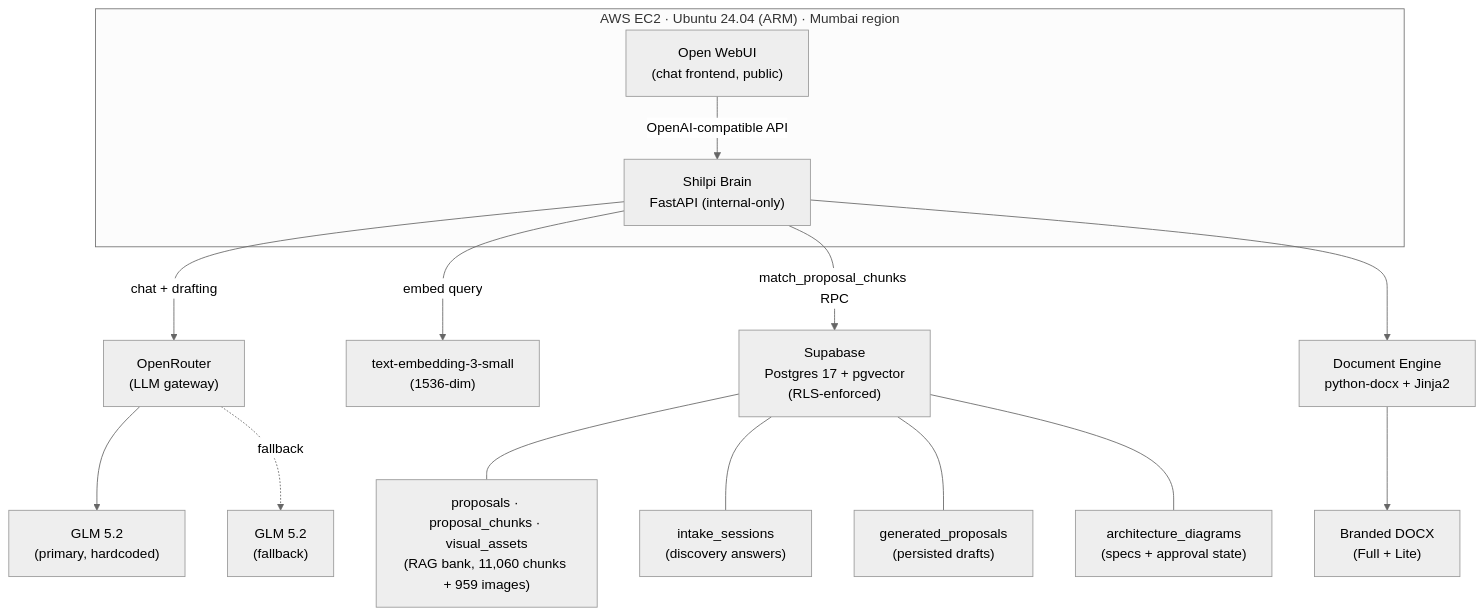
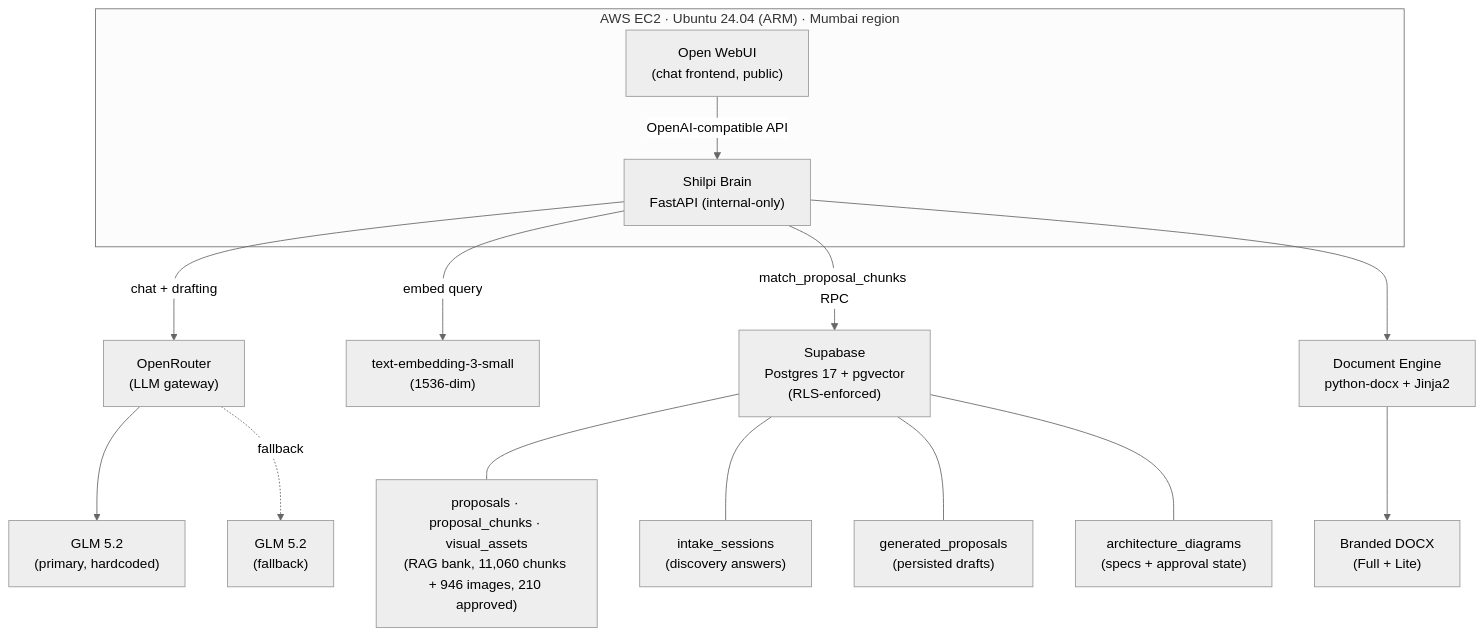
One commit to imranshaikh-commits/iv-sarvam changed the first of 5 diagrams in README.md. Above: the diagram before and after it, drawn with Mermaid (neutral theme). The commit also changed other lines of this file and 1 other file, not shown here.

````diff
--- a/README.md
+++ b/README.md
@@ -193,34 +233,34 @@
 ```mermaid
 flowchart TB
     subgraph EC2["AWS EC2 · Ubuntu 24.04 (ARM) · Mumbai region"]
         OWUI["Open WebUI<br/>(chat frontend, public)"]
         BRAIN["Shilpi Brain<br/>FastAPI (internal-only)"]
         OWUI -->|OpenAI-compatible API| BRAIN
     end
 
     ROUTER["OpenRouter<br/>(LLM gateway)"]
     GLM["GLM 5.2<br/>(primary, hardcoded)"]
     QWEN["GLM 5.2<br/>(fallback)"]
     EMB["text-embedding-3-small<br/>(1536-dim)"]
 
     SB["Supabase<br/>Postgres 17 + pgvector<br/>(RLS-enforced)"]
-    PROP["proposals · proposal_chunks · visual_assets<br/>(RAG bank, 11,060 chunks + 959 images)"]
+    PROP["proposals · proposal_chunks · visual_assets<br/>(RAG bank, 11,060 chunks + 946 images, 210 approved)"]
     INTAKE["intake_sessions<br/>(discovery answers)"]
     GEN["generated_proposals<br/>(persisted drafts)"]
     DIAG["architecture_diagrams<br/>(specs + approval state)"]
 
     DOCS["Document Engine<br/>python-docx + Jinja2"]
     DOCX["Branded DOCX<br/>(Full + Lite)"]
 
     BRAIN -->|chat + drafting| ROUTER
     ROUTER --> GLM
     ROUTER -.fallback.-> QWEN
     BRAIN -->|embed query| EMB
     BRAIN -->|match_proposal_chunks RPC| SB
     SB --- PROP
     SB --- INTAKE
     SB --- GEN
     SB --- DIAG
     BRAIN --> DOCS
     DOCS --> DOCX
 ```
````
